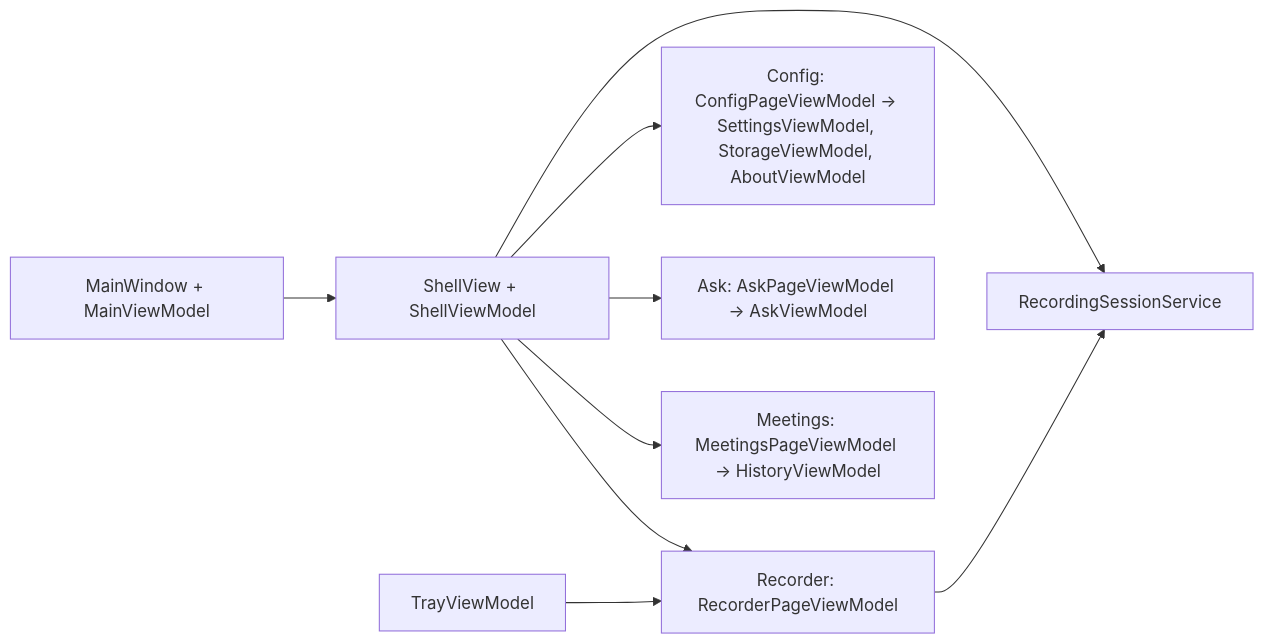
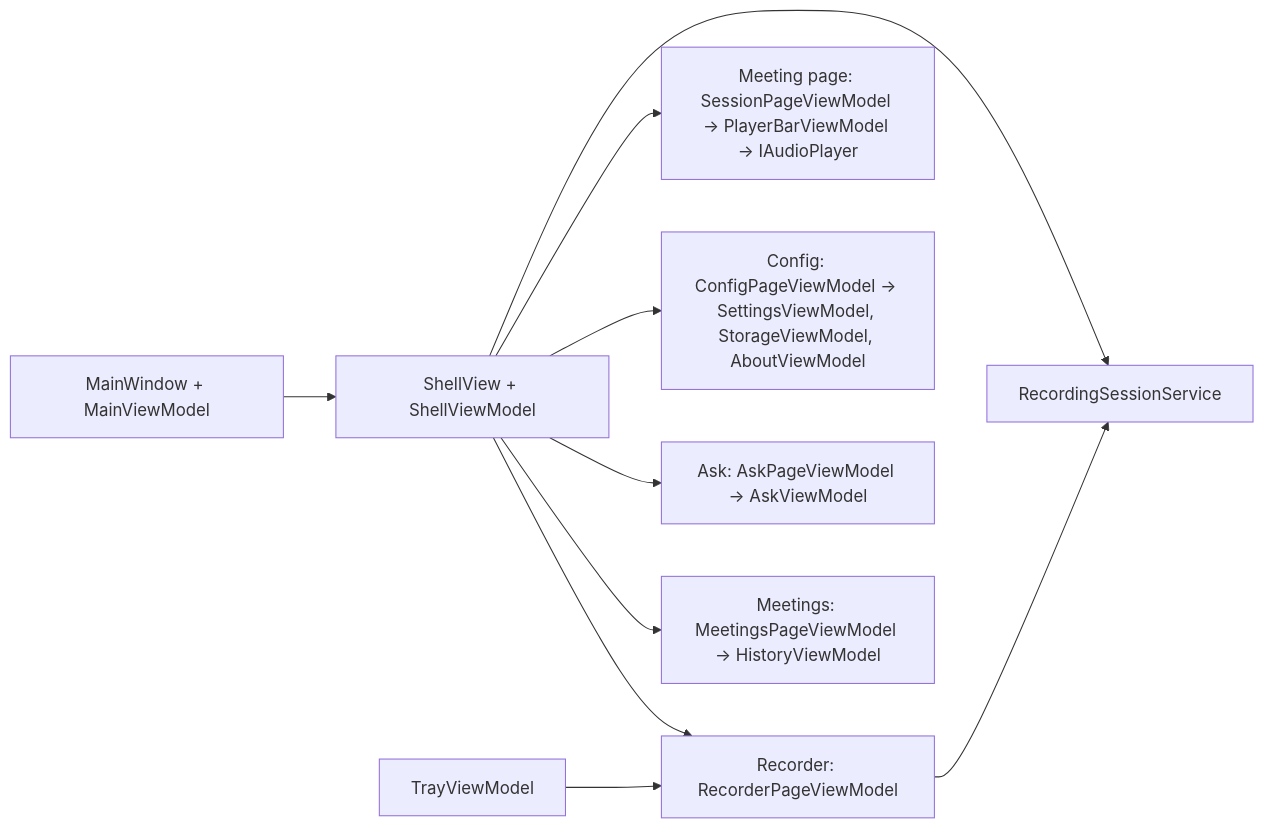
The second of 2 diagrams in docs/roadmap/architecture.md (laquilas/VozAta), drawn with Mermaid before and after one commit. The commit also changed other lines of this file and 2 other files, not shown here.

Commit message:
docs(roadmap): finish phase 37 with the manual check recipe

````diff
--- a/docs/roadmap/architecture.md
+++ b/docs/roadmap/architecture.md
@@ -860,11 +860,12 @@
 ```mermaid
 graph LR
   MW[MainWindow + MainViewModel] --> SV[ShellView + ShellViewModel]
   SV --> R[Recorder: RecorderPageViewModel]
   SV --> M[Meetings: MeetingsPageViewModel → HistoryViewModel]
   SV --> A[Ask: AskPageViewModel → AskViewModel]
   SV --> C[Config: ConfigPageViewModel → SettingsViewModel, StorageViewModel, AboutViewModel]
+  SV --> P[Meeting page: SessionPageViewModel → PlayerBarViewModel → IAudioPlayer]
   R --> S[RecordingSessionService]
   SV --> S
   T[TrayViewModel] --> R
 ```
````
